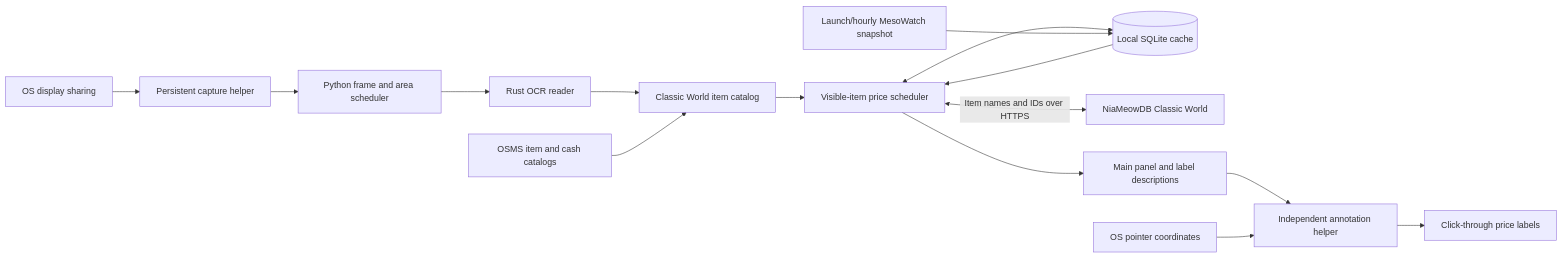
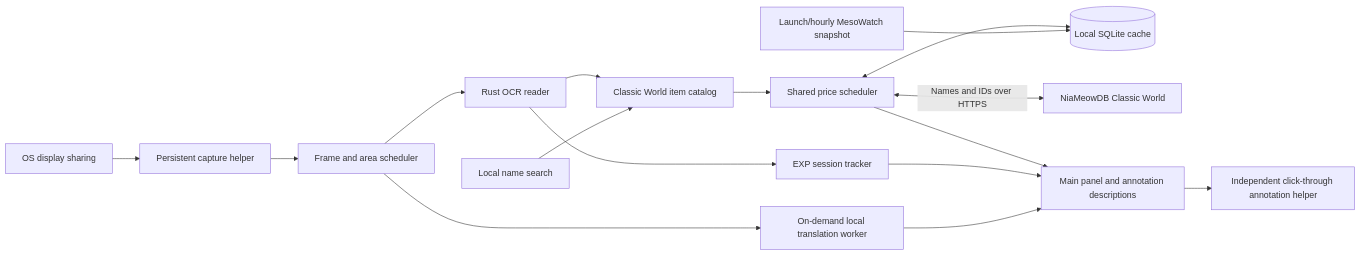
The diagram in ARCHITECTURE.md (zhuffman68/classic-price-lens), drawn with Mermaid before and after one commit. The commit also changed other lines of this file and 58 other files, not shown here.

````diff
--- a/ARCHITECTURE.md
+++ b/ARCHITECTURE.md
@@ -13,17 +13,18 @@
 ```mermaid
 flowchart LR
     OS[OS display sharing] --> Stream[Persistent capture helper]
-    Stream --> Capture[Python frame and area scheduler]
+    Stream --> Capture[Frame and area scheduler]
     Capture --> Reader[Rust OCR reader]
     Reader --> Identity[Classic World item catalog]
-    Identity --> Prices[Visible-item price scheduler]
+    Search[Local name search] --> Identity
+    Identity --> Prices[Shared price scheduler]
     Prices <--> Cache[(Local SQLite cache)]
-    Prices <-->|Item names and IDs over HTTPS| Provider[NiaMeowDB Classic World]
+    Prices <-->|Names and IDs over HTTPS| Provider[NiaMeowDB Classic World]
     Snapshot[Launch/hourly MesoWatch snapshot] --> Cache
-    Cache --> Prices
-    Catalog[OSMS item and cash catalogs] --> Identity
-    Prices --> UI[Main panel and label descriptions]
-    UI --> Overlay[Independent annotation helper]
-    Pointer[OS pointer coordinates] --> Overlay
-    Overlay --> Labels[Click-through price labels]
+    Reader --> EXP[EXP session tracker]
+    Capture --> Chat[On-demand local translation worker]
+    Prices --> UI[Main panel and annotation descriptions]
+    EXP --> UI
+    Chat --> UI
+    UI --> Overlay[Independent click-through annotation helper]
 ```
````
